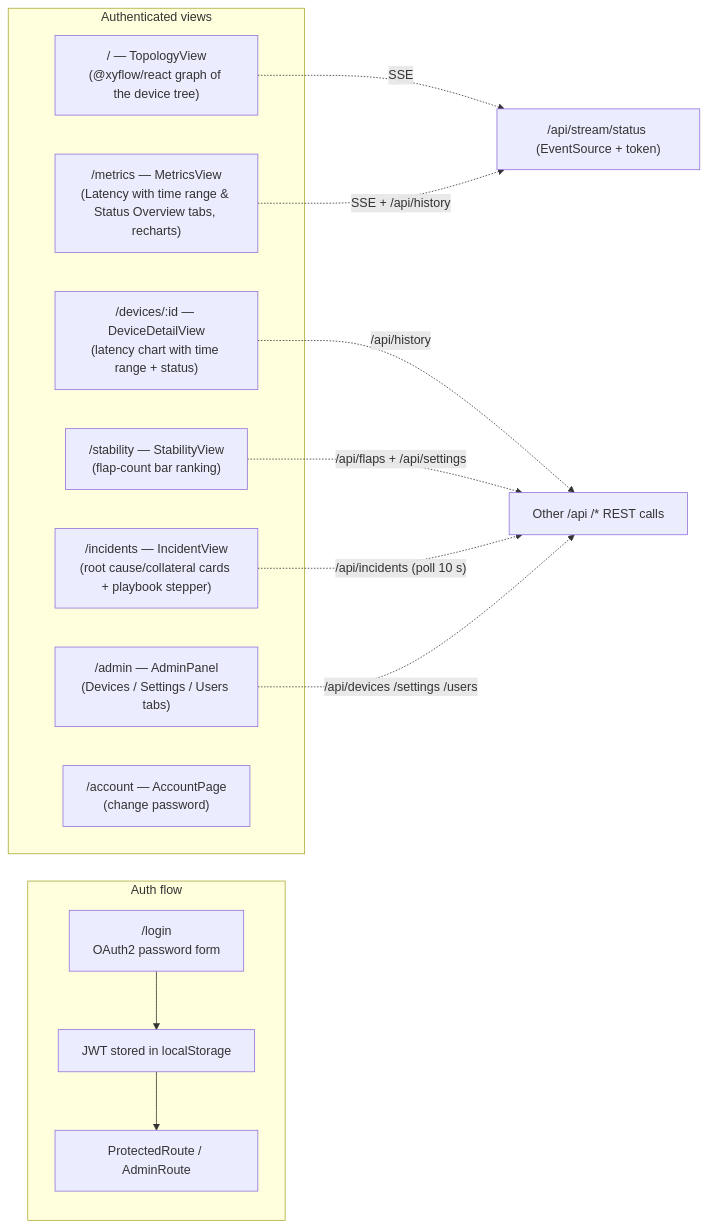
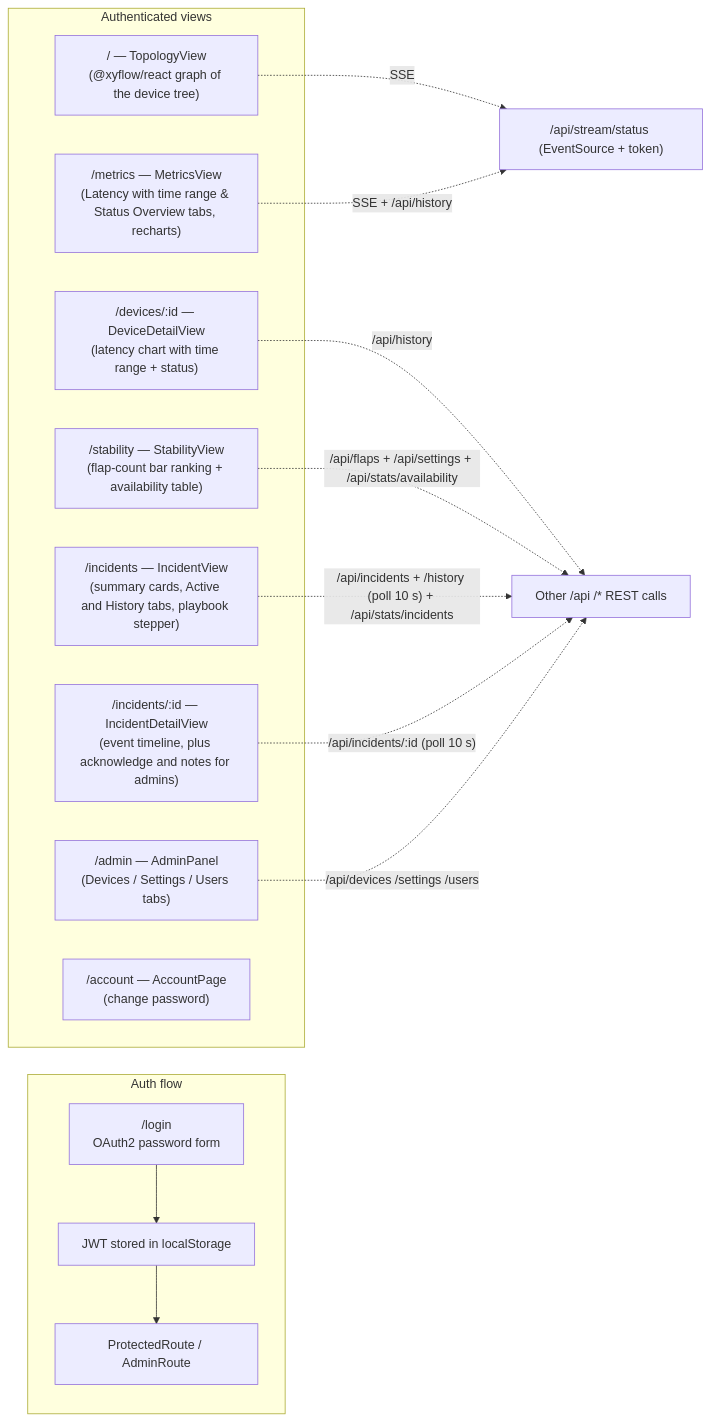
One commit to dumbL4d/network-analyser changed the sixth of 9 diagrams in README.md. Above: the diagram before and after it, drawn with Mermaid. The commit also changed other lines of this file and 38 other files, not shown here.

First line of the commit message:
feat: add persisted incident lifecycle, MTTR and availability stats

````diff
--- a/README.md
+++ b/README.md
@@ -314,24 +408,26 @@
 ```mermaid
 flowchart LR
     subgraph Auth["Auth flow"]
         LOGIN["/login<br/>OAuth2 password form"] --> JWT["JWT stored in localStorage"]
         JWT --> PROD["ProtectedRoute / AdminRoute"]
     end
 
     subgraph Views["Authenticated views"]
         T["/ — TopologyView<br/>(@xyflow/react graph of the device tree)"]
         D["/devices/:id — DeviceDetailView<br/>(latency chart with time range + status)"]
         M["/metrics — MetricsView<br/>(Latency with time range & Status Overview tabs, recharts)"]
-        S["/stability — StabilityView<br/>(flap-count bar ranking)"]
-        I["/incidents — IncidentView<br/>(root cause/collateral cards + playbook stepper)"]
+        S["/stability — StabilityView<br/>(flap-count bar ranking + availability table)"]
+        I["/incidents — IncidentView<br/>(summary cards, Active and History tabs, playbook stepper)"]
+        IDV["/incidents/:id — IncidentDetailView<br/>(event timeline, plus acknowledge and notes for admins)"]
         A["/admin — AdminPanel<br/>(Devices / Settings / Users tabs)"]
         C["/account — AccountPage<br/>(change password)"]
     end
 
     T -. SSE .-> STREAM["/api/stream/status (EventSource + token)"]
     M -. SSE + /api/history .-> STREAM
     D -. /api/history .-> REST["Other /api /* REST calls"]
-    S -. /api/flaps + /api/settings .-> REST
-    I -. /api/incidents (poll 10 s) .-> REST
+    S -. "/api/flaps + /api/settings + /api/stats/availability" .-> REST
+    I -. "/api/incidents + /history (poll 10 s) + /api/stats/incidents" .-> REST
+    IDV -. "/api/incidents/:id (poll 10 s)" .-> REST
     A -. /api/devices /settings /users .-> REST
 ```
````
